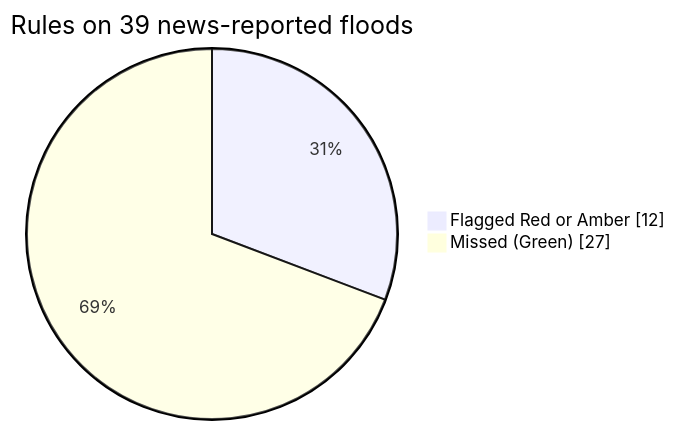
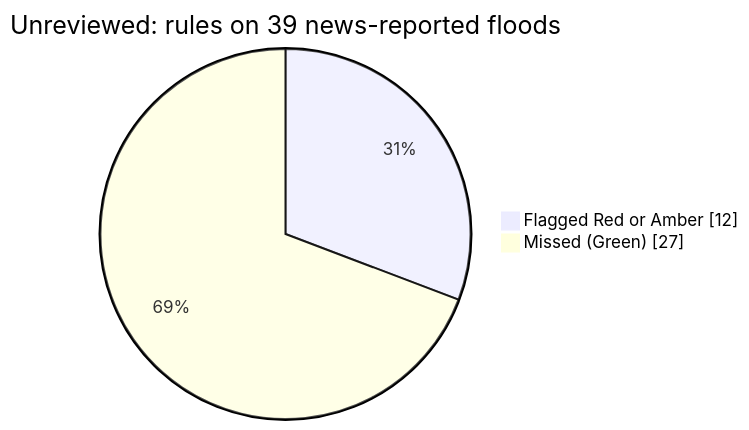
One commit to varuntutejaa/Agrim changed the seventh of 10 diagrams in README.md. Above: the diagram before and after it, drawn with Mermaid. The commit also changed other lines of this file and 13 other files, not shown here.

````diff
--- a/README.md
+++ b/README.md
@@ -316,6 +316,6 @@
 ```mermaid
 pie showData
-  title Rules on 39 news-reported floods
+  title Unreviewed: rules on 39 news-reported floods
   "Flagged Red or Amber" : 12
   "Missed (Green)" : 27
 ```
````
